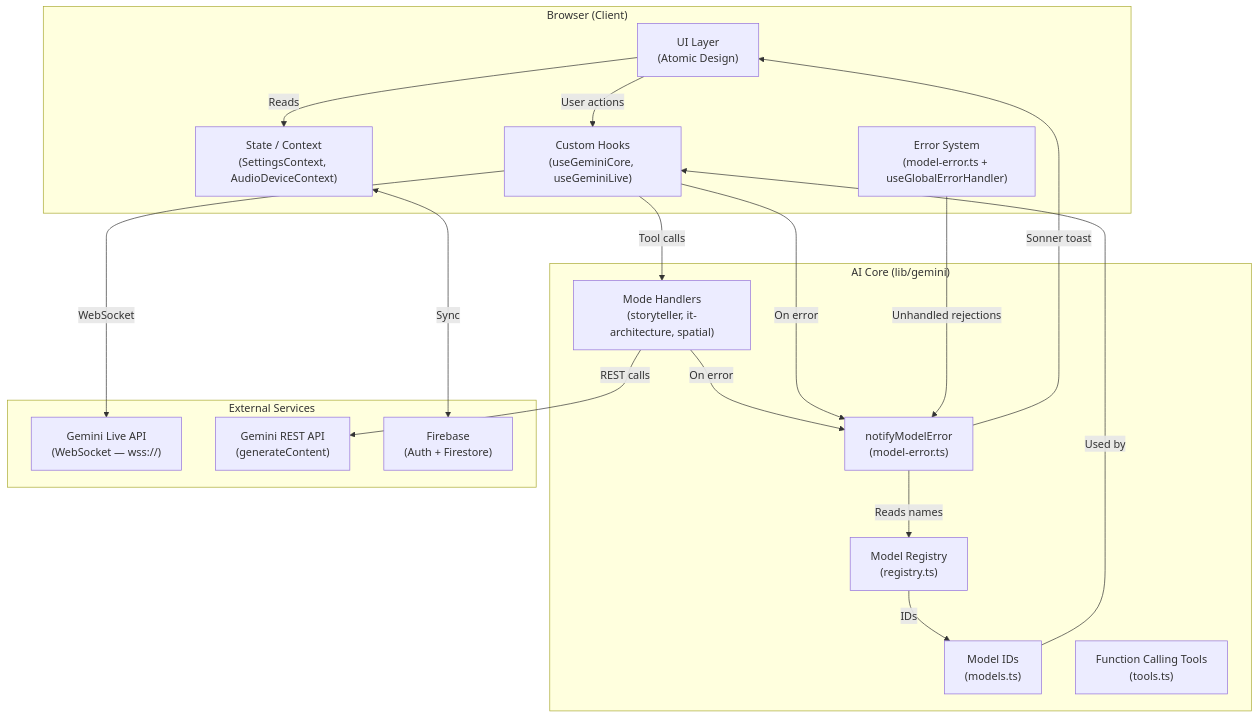
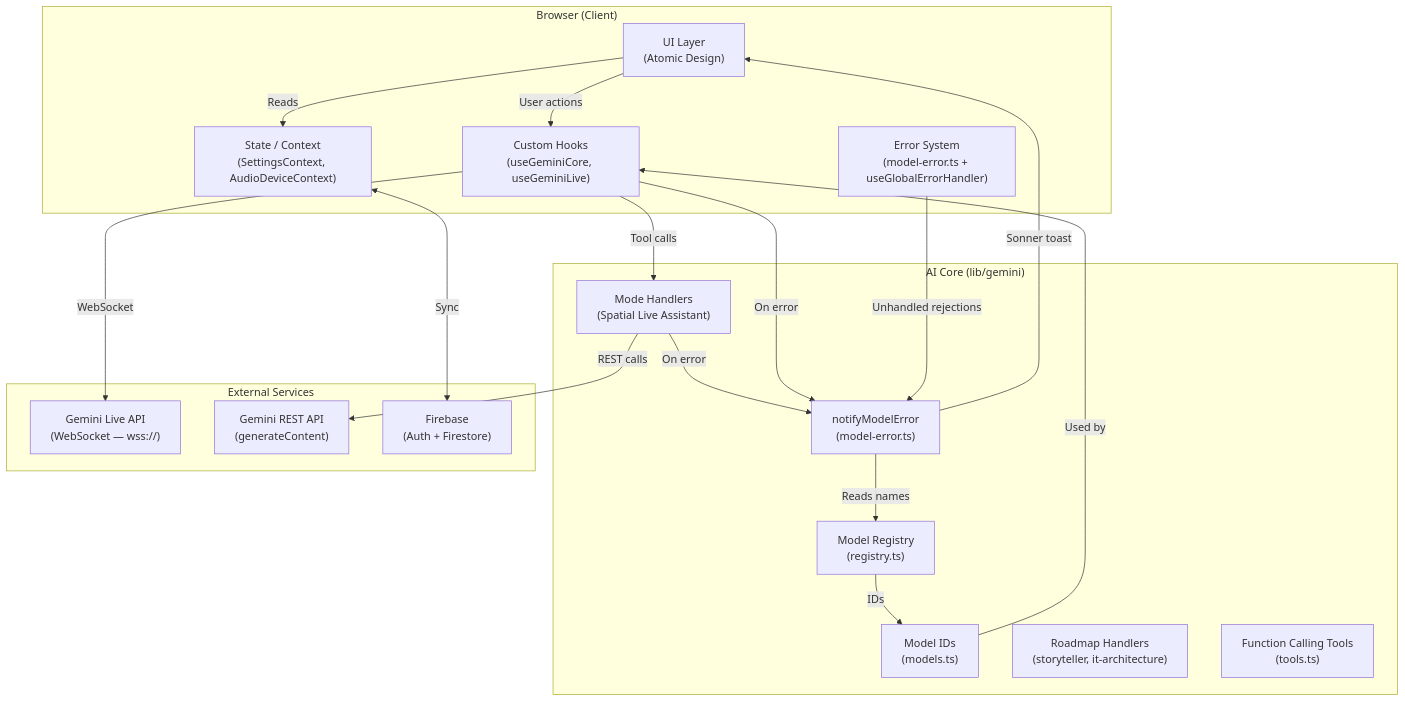
The first of 8 diagrams in architecture.md (serguei9090/The-Spatial-Eye), drawn with Mermaid before and after one commit. The commit also changed other lines of this file and 4 other files, not shown here.

Commit message:
Live Only update readme, and diagram

````diff
--- a/architecture.md
+++ b/architecture.md
@@ -10,37 +10,38 @@
 ```mermaid
 graph TD
     subgraph Browser ["Browser (Client)"]
         UI["UI Layer\n(Atomic Design)"]
         Hooks["Custom Hooks\n(useGeminiCore, useGeminiLive)"]
         ErrorSys["Error System\n(model-error.ts + useGlobalErrorHandler)"]
         Store["State / Context\n(SettingsContext, AudioDeviceContext)"]
     end
 
     subgraph AICore ["AI Core (lib/gemini)"]
         Registry["Model Registry\n(registry.ts)"]
         Models["Model IDs\n(models.ts)"]
-        Handlers["Mode Handlers\n(storyteller, it-architecture, spatial)"]
+        Handlers["Mode Handlers\n(Spatial Live Assistant)"]
+        FutureHandlers["Roadmap Handlers\n(storyteller, it-architecture)"]
         Tools["Function Calling Tools\n(tools.ts)"]
         ModelErr["notifyModelError\n(model-error.ts)"]
     end
 
     subgraph External ["External Services"]
         GeminiLive["Gemini Live API\n(WebSocket — wss://)"]
         GeminiREST["Gemini REST API\n(generateContent)"]
         Firebase["Firebase\n(Auth + Firestore)"]
     end
 
     UI -->|"User actions"| Hooks
     UI -->|"Reads"| Store
     Hooks -->|"WebSocket"| GeminiLive
     Hooks -->|"Tool calls"| Handlers
     Handlers -->|"REST calls"| GeminiREST
     Handlers -->|"On error"| ModelErr
     Hooks -->|"On error"| ModelErr
     ModelErr -->|"Reads names"| Registry
     ModelErr -->|"Sonner toast"| UI
     Registry -->|"IDs"| Models
     Models -->|"Used by"| Hooks
     Store <-->|"Sync"| Firebase
     ErrorSys -->|"Unhandled rejections"| ModelErr
 ```
````
